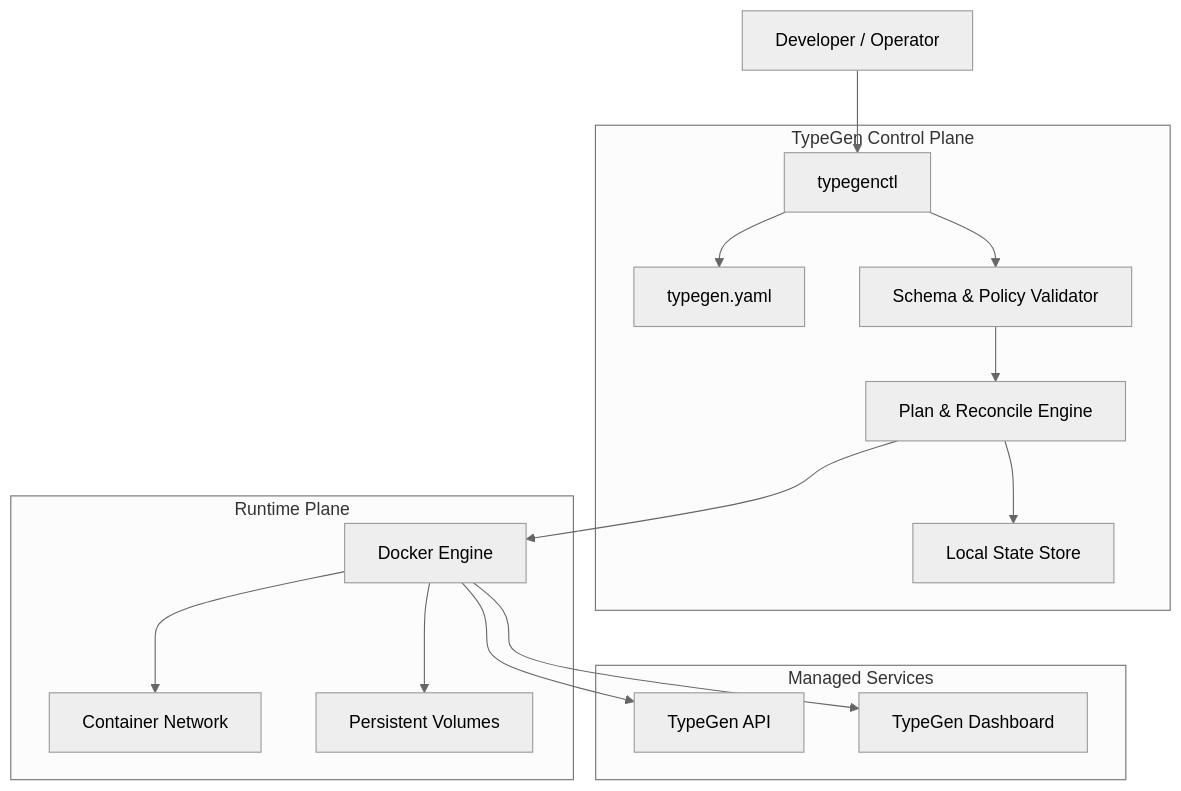
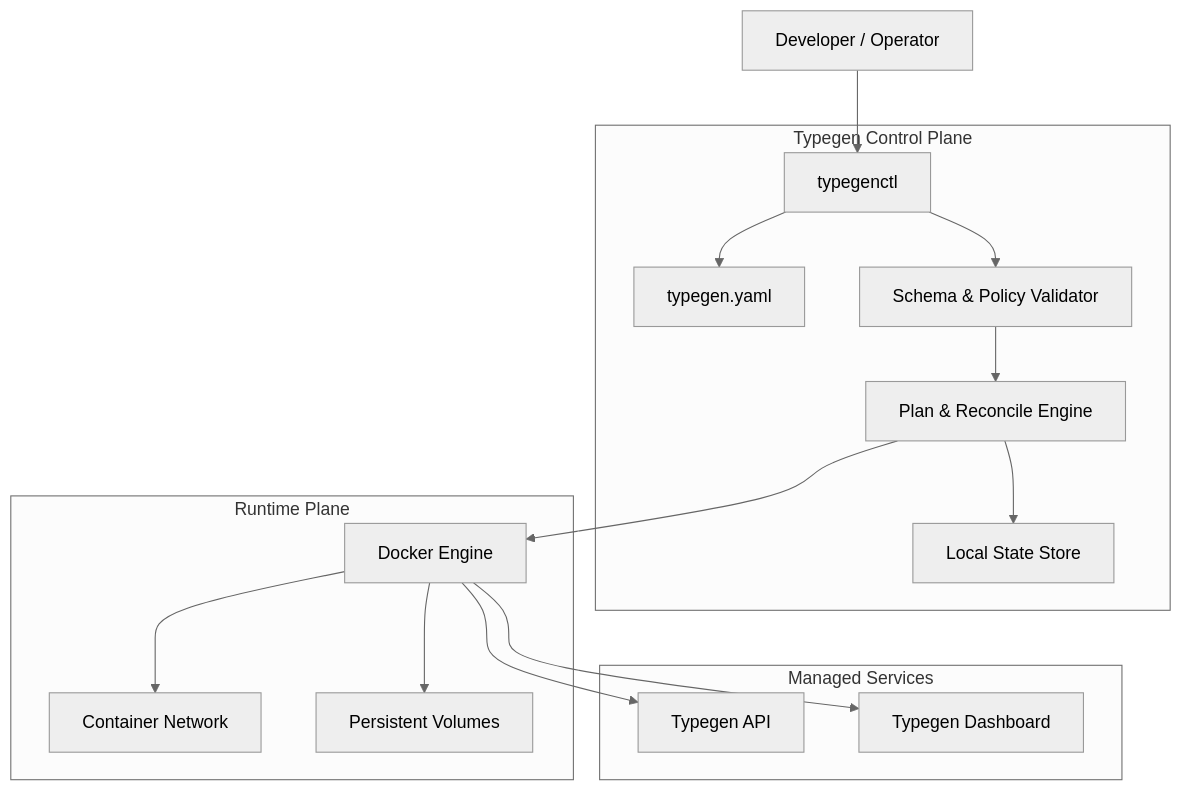
The first of 2 diagrams in typegen-cli.md (khanalsaroj/testing-repo), drawn with Mermaid (neutral theme) before and after one commit. The commit also changed other lines of this file and 2 other files, not shown here.

Commit message:
Standardize naming conventions for "Typegen" across documentation and update references to align with recent terminology changes.

````diff
--- a/typegen-cli.md
+++ b/typegen-cli.md
@@ -68,38 +68,38 @@
 ```mermaid
  graph TB
 %% Actors
     User[Developer / Operator]
 %% Control Plane
-    subgraph ControlPlane["TypeGen Control Plane"]
+    subgraph ControlPlane["Typegen Control Plane"]
         CLI[typegenctl]
         Config[typegen.yaml]
         Validator[Schema & Policy Validator]
         Planner[Plan & Reconcile Engine]
         State[Local State Store]
     end
 
 %% Runtime Plane
     subgraph RuntimePlane["Runtime Plane"]
         Docker[Docker Engine]
         Network[Container Network]
         Volumes[Persistent Volumes]
     end
 
 %% Managed Services
     subgraph Services["Managed Services"]
-        API[TypeGen API]
-        Dashboard[TypeGen Dashboard]
+        API[Typegen API]
+        Dashboard[Typegen Dashboard]
     end
 
     User --> CLI
     CLI --> Config
     CLI --> Validator
     Validator --> Planner
     Planner --> State
     Planner --> Docker
     Docker --> Network
     Docker --> Volumes
     Docker --> API
     Docker --> Dashboard
 
 ```
````
